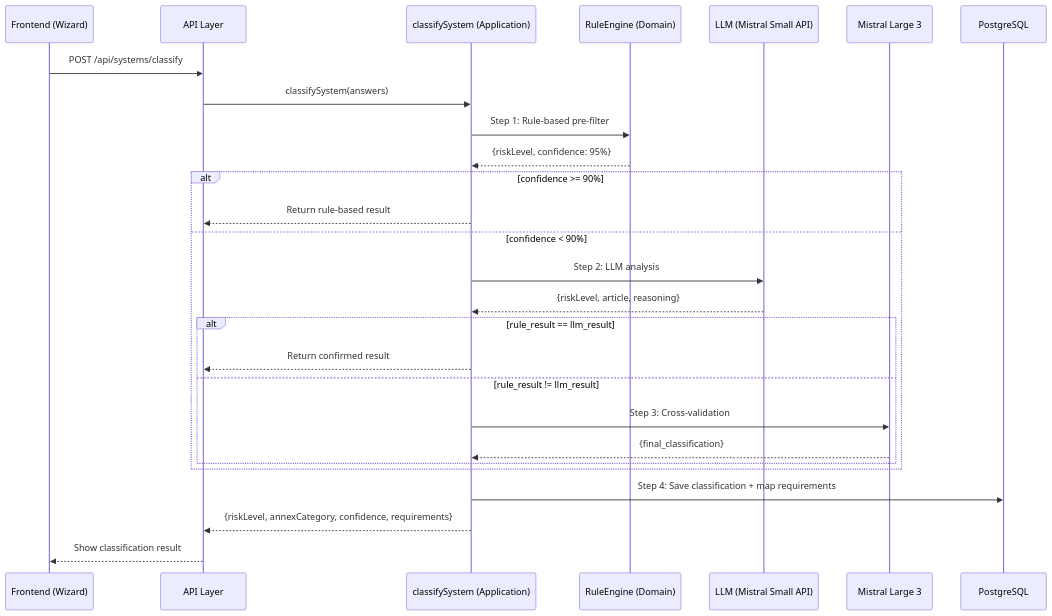
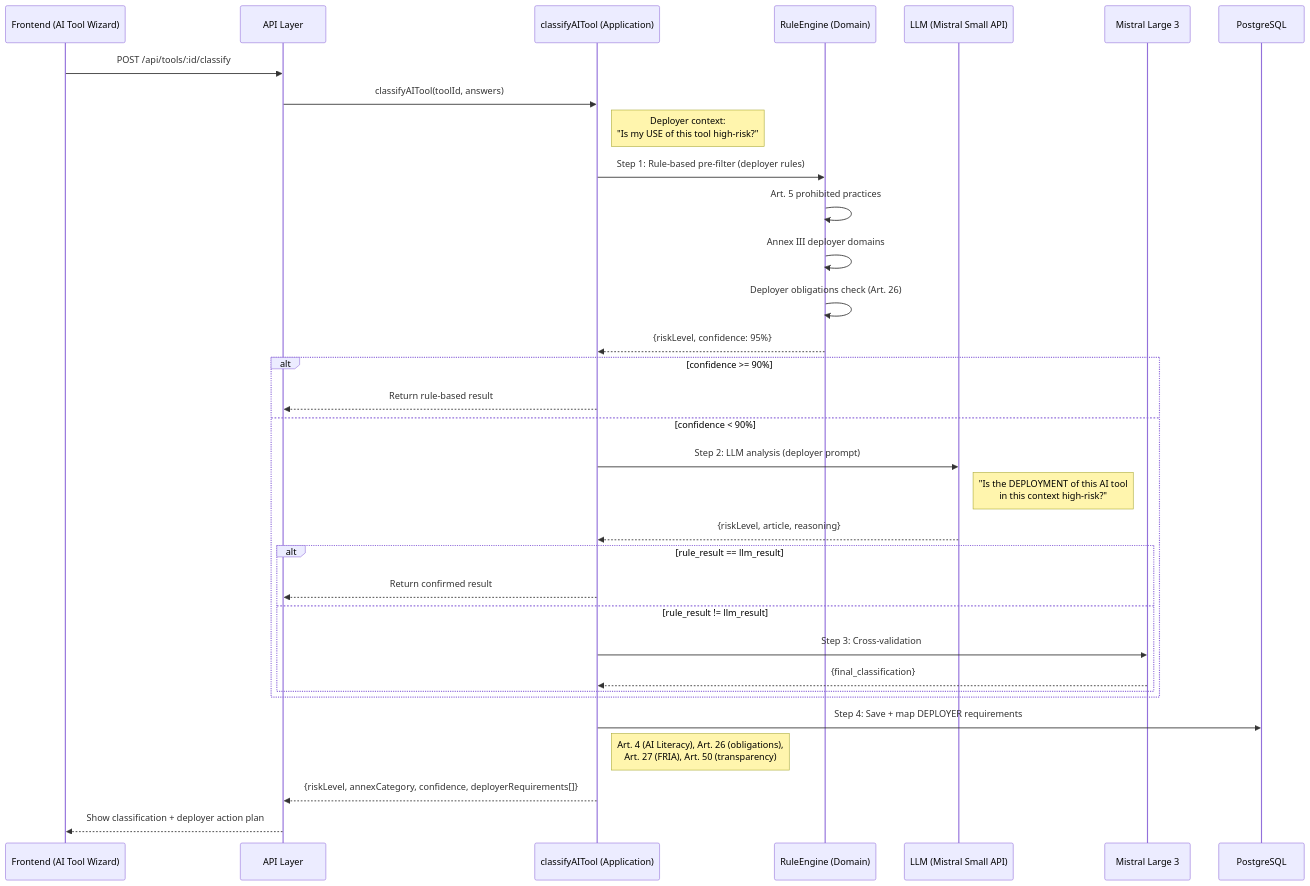
The third of 4 diagrams in docs/ARCHITECTURE.md (complior/complior), drawn with Mermaid before and after one commit. The commit also changed other lines of this file and 7 other files, not shown here.

````diff
--- a/docs/ARCHITECTURE.md
+++ b/docs/ARCHITECTURE.md
@@ -553,34 +644,41 @@
 ```mermaid
 sequenceDiagram
-    participant UI as Frontend (Wizard)
+    participant UI as Frontend (AI Tool Wizard)
     participant API as API Layer
-    participant CE as classifySystem (Application)
+    participant CE as classifyAITool (Application)
     participant Rules as RuleEngine (Domain)
     participant LLM as LLM (Mistral Small API)
     participant Escalation as Mistral Large 3
     participant DB as PostgreSQL
 
-    UI->>API: POST /api/systems/classify
-    API->>CE: classifySystem(answers)
+    UI->>API: POST /api/tools/:id/classify
+    API->>CE: classifyAITool(toolId, answers)
 
-    CE->>Rules: Step 1: Rule-based pre-filter
+    Note right of CE: Deployer context:<br/>"Is my USE of this tool high-risk?"
+
+    CE->>Rules: Step 1: Rule-based pre-filter (deployer rules)
+    Rules->>Rules: Art. 5 prohibited practices
+    Rules->>Rules: Annex III deployer domains
+    Rules->>Rules: Deployer obligations check (Art. 26)
     Rules-->>CE: {riskLevel, confidence: 95%}
 
     alt confidence >= 90%
         CE-->>API: Return rule-based result
     else confidence < 90%
-        CE->>LLM: Step 2: LLM analysis
+        CE->>LLM: Step 2: LLM analysis (deployer prompt)
+        Note right of LLM: "Is the DEPLOYMENT of this AI tool<br/>in this context high-risk?"
         LLM-->>CE: {riskLevel, article, reasoning}
 
         alt rule_result == llm_result
             CE-->>API: Return confirmed result
         else rule_result != llm_result
             CE->>Escalation: Step 3: Cross-validation
             Escalation-->>CE: {final_classification}
         end
     end
 
-    CE->>DB: Step 4: Save classification + map requirements
-    CE-->>API: {riskLevel, annexCategory, confidence, requirements}
-    API-->>UI: Show classification result
+    CE->>DB: Step 4: Save + map DEPLOYER requirements
+    Note right of CE: Art. 4 (AI Literacy), Art. 26 (obligations),<br/>Art. 27 (FRIA), Art. 50 (transparency)
+    CE-->>API: {riskLevel, annexCategory, confidence, deployerRequirements[]}
+    API-->>UI: Show classification + deployer action plan
 ```
````
